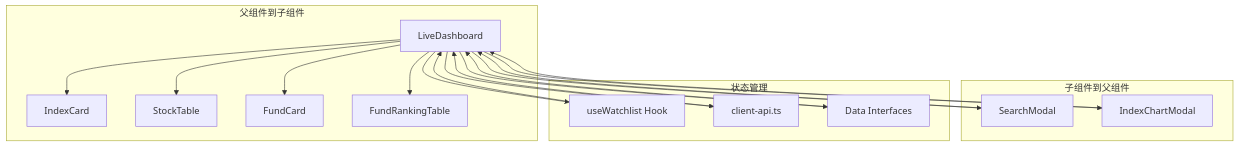
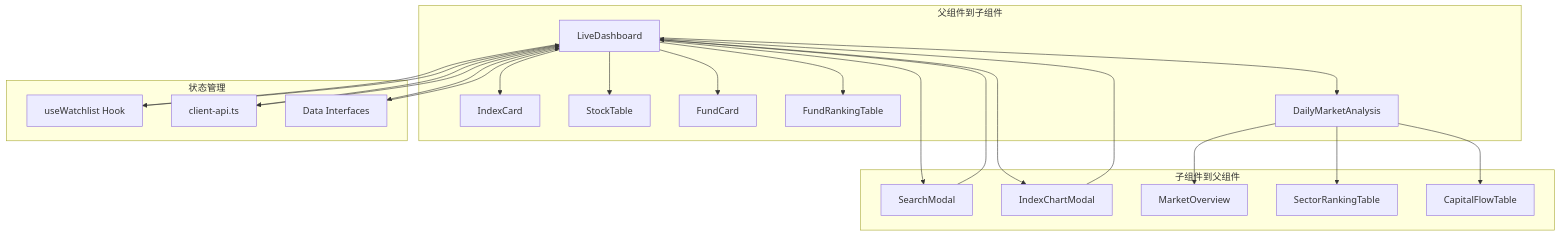
The third of 17 diagrams in .qoder/repowiki/zh/content/核心组件系统/LiveDashboard 主面板组件.md (Neveryu/react-fund), drawn with Mermaid before and after one commit. The commit also changed other lines of this file and 15 other files, not shown here.

````diff
--- a/.qoder/repowiki/zh/content/核心组件系统/LiveDashboard 主面板组件.md
+++ b/.qoder/repowiki/zh/content/核心组件系统/LiveDashboard 主面板组件.md
@@ -151,33 +172,41 @@
 ```mermaid
 graph TD
 subgraph "父组件到子组件"
 Dashboard[LiveDashboard]
 IndexCard[IndexCard]
 StockTable[StockTable]
 FundCard[FundCard]
 FundRanking[FundRankingTable]
+DailyAnalysis[DailyMarketAnalysis]
 end
 subgraph "子组件到父组件"
 SearchModal[SearchModal]
 IndexChart[IndexChartModal]
+MarketOverview[MarketOverview]
+SectorRanking[SectorRankingTable]
+CapitalFlow[CapitalFlowTable]
 end
 subgraph "状态管理"
 Watchlist[useWatchlist Hook]
 API[client-api.ts]
 DataModels[Data Interfaces]
 end
 Dashboard --> IndexCard
 Dashboard --> StockTable
 Dashboard --> FundCard
 Dashboard --> FundRanking
+Dashboard --> DailyAnalysis
 Dashboard --> SearchModal
 Dashboard --> IndexChart
 SearchModal --> Dashboard
 IndexChart --> Dashboard
+DailyAnalysis --> MarketOverview
+DailyAnalysis --> SectorRanking
+DailyAnalysis --> CapitalFlow
 Dashboard --> Watchlist
 Dashboard --> API
 Dashboard --> DataModels
 Watchlist --> Dashboard
 API --> Dashboard
 DataModels --> Dashboard
 ```
````
